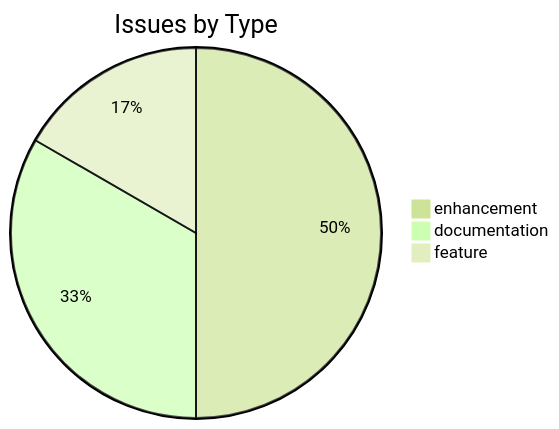
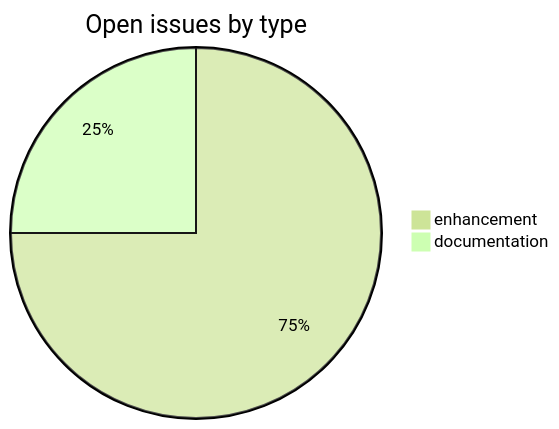
Before and after one commit to sanskrit-lexicon/hwnorm2: the first of 2 diagrams in README.md, drawn with Mermaid (forest theme). The commit also changed other lines of this file, not shown here.

````diff
--- a/README.md
+++ b/README.md
@@ -17,6 +28,5 @@
 ```mermaid
-pie title Issues by Type
+pie title Open issues by type
     "enhancement" : 3
-    "documentation" : 2
-    "feature" : 1
+    "documentation" : 1
 ```
````
